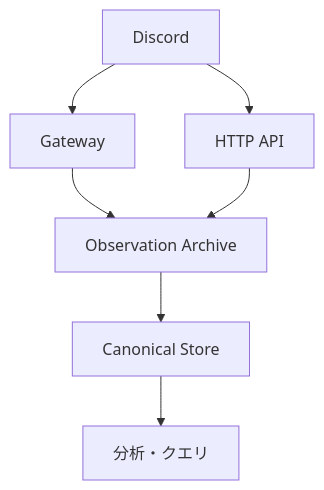
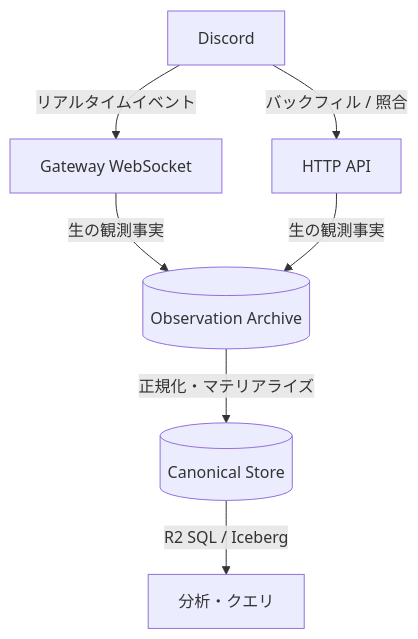
Before and after one commit to ojiverse/datawarehouse: the first of 2 diagrams in README.md, drawn with Mermaid. The commit also changed other lines of this file and 32 other files, not shown here.

````diff
--- a/README.md
+++ b/README.md
@@ -19,16 +19,16 @@
 ```mermaid
 flowchart TD
     Discord[Discord]
-    Gateway[Gateway]
+    Gateway[Gateway WebSocket]
     HTTP[HTTP API]
-    Archive[Observation Archive]
-    Canonical[Canonical Store]
+    Archive[(Observation Archive)]
+    Canonical[(Canonical Store)]
     Query[分析・クエリ]
 
-    Discord --> Gateway
-    Discord --> HTTP
-    Gateway --> Archive
-    HTTP --> Archive
-    Archive --> Canonical
-    Canonical --> Query
+    Discord -->|リアルタイムイベント| Gateway
+    Discord -->|バックフィル / 照合| HTTP
+    Gateway -->|生の観測事実| Archive
+    HTTP -->|生の観測事実| Archive
+    Archive -->|正規化・マテリアライズ| Canonical
+    Canonical -->|R2 SQL / Iceberg| Query
 ```
````
